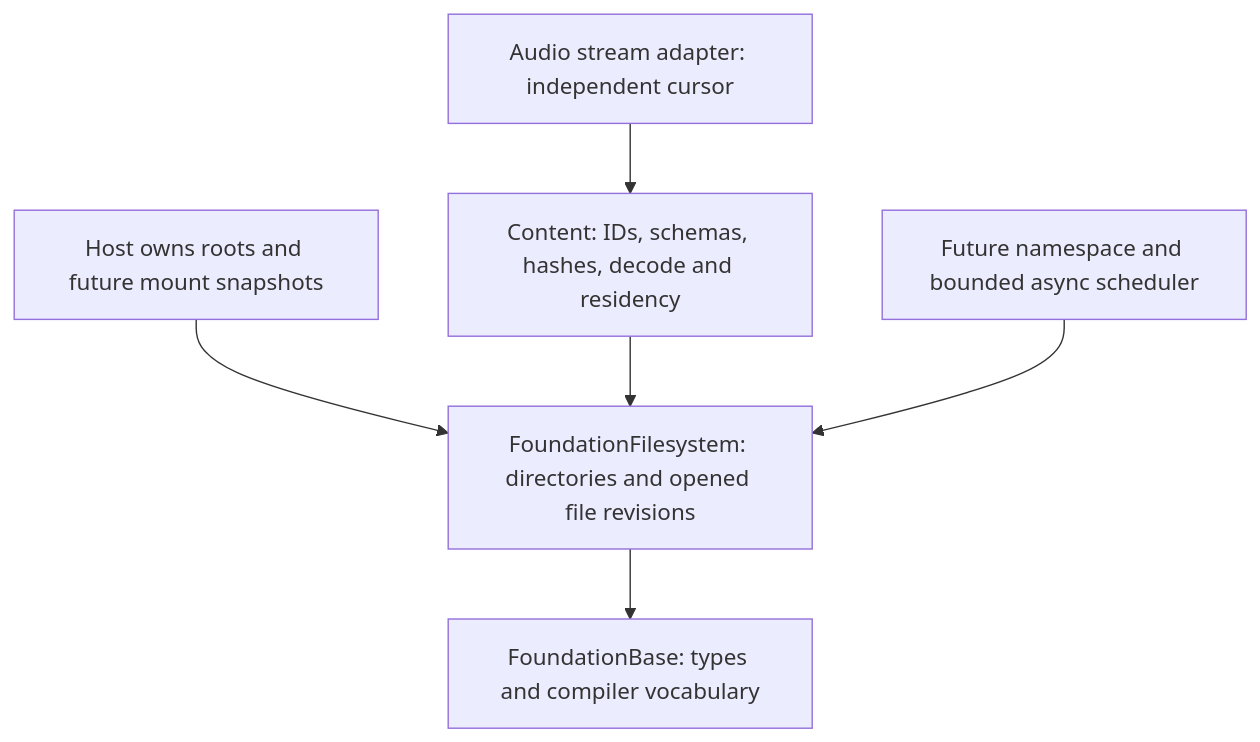
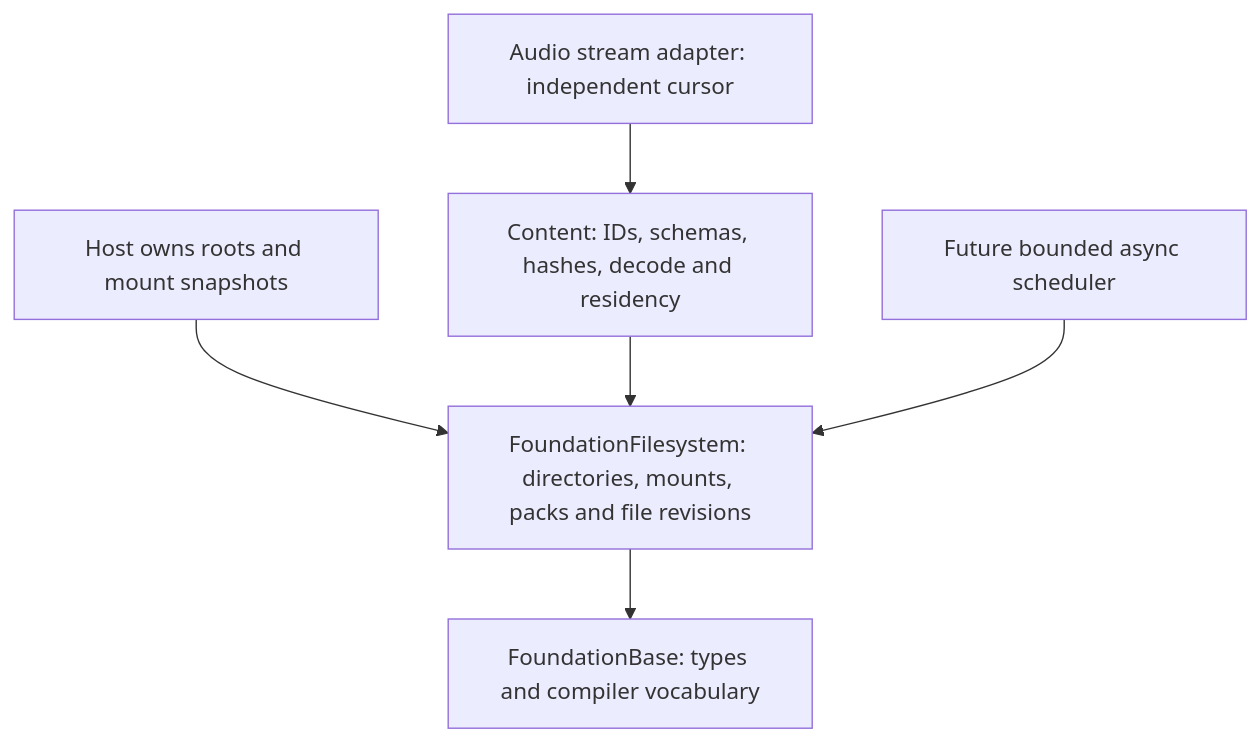
One commit to Alegruz/Ludus changed the diagram in docs/architecture/filesystem.md. Above: the diagram before and after it, drawn with Mermaid. The commit also changed other lines of this file and 25 other files, not shown here.

````diff
--- a/docs/architecture/filesystem.md
+++ b/docs/architecture/filesystem.md
@@ -238,8 +356,8 @@
 ```mermaid
 flowchart TD
-    Host[Host owns roots and future mount snapshots] --> FS[FoundationFilesystem: directories and opened file revisions]
+    Host[Host owns roots and mount snapshots] --> FS[FoundationFilesystem: directories, mounts, packs and file revisions]
     Content[Content: IDs, schemas, hashes, decode and residency] --> FS
     FS --> Base[FoundationBase: types and compiler vocabulary]
     Stream[Audio stream adapter: independent cursor] --> Content
-    Future[Future namespace and bounded async scheduler] --> FS
+    Future[Future bounded async scheduler] --> FS
 ```
````
